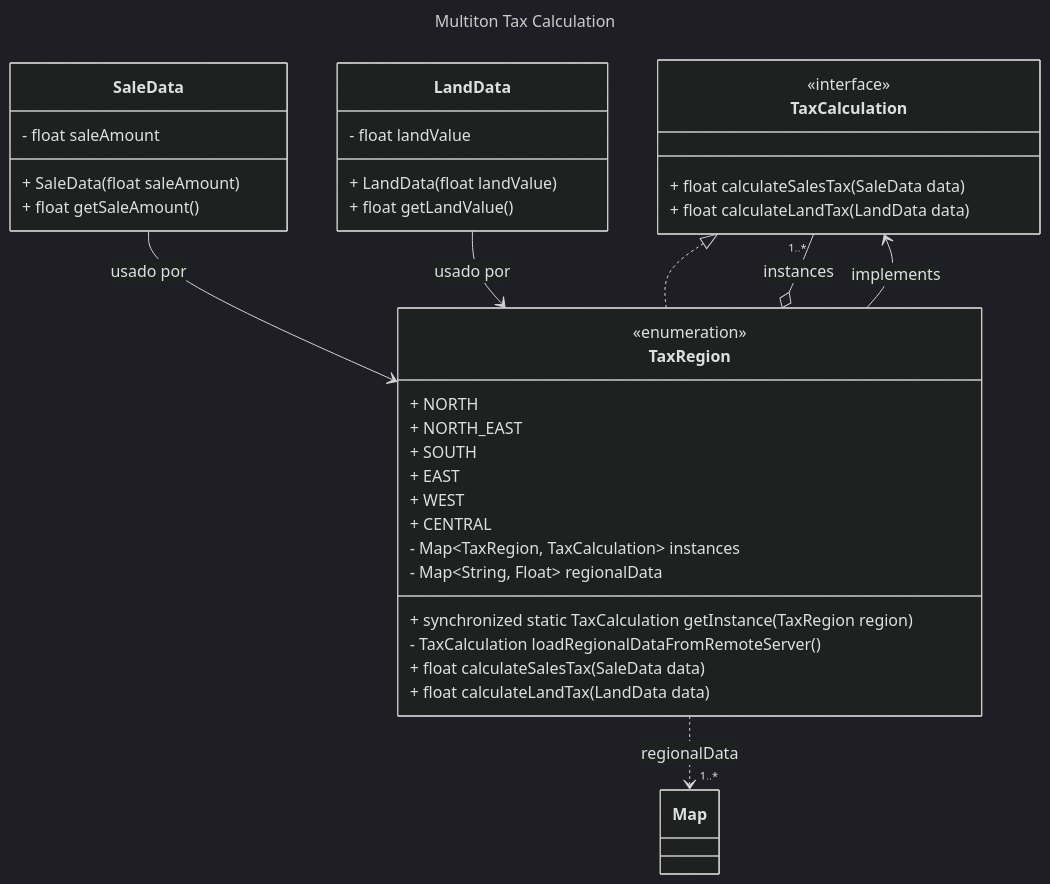
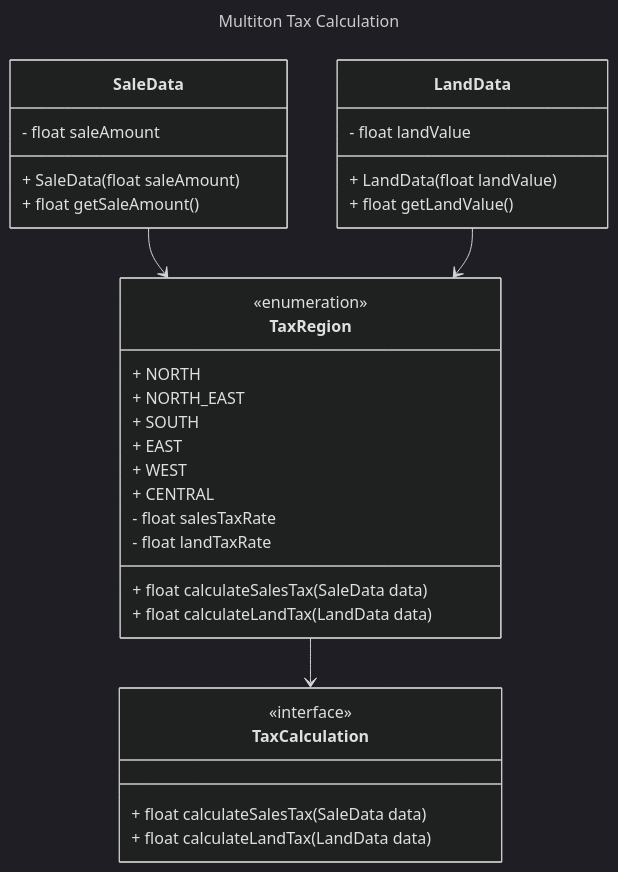
One commit to AdrianoVictorCode/seminario-ppr-criacional-singleton-multiton changed the third of 3 diagrams in README.md. Above: the diagram before and after it, drawn with Mermaid (dark theme). The commit also changed other lines of this file, not shown here.

````diff
--- a/README.md
+++ b/README.md
@@ -345,50 +343,41 @@
 ```mermaid
 ---
 title: Multiton Tax Calculation
 ---
 classDiagram
     class TaxCalculation {
         <<interface>>
         + float calculateSalesTax(SaleData data)
         + float calculateLandTax(LandData data)
     }
 
     class TaxRegion {
         <<enumeration>>
         + NORTH
         + NORTH_EAST
         + SOUTH
         + EAST
         + WEST
         + CENTRAL
-        - Map~TaxRegion, TaxCalculation~ instances
-        - Map~String, Float~ regionalData
-        + synchronized static TaxCalculation getInstance(TaxRegion region)
-        - TaxCalculation loadRegionalDataFromRemoteServer()
+        - float salesTaxRate
+        - float landTaxRate
         + float calculateSalesTax(SaleData data)
         + float calculateLandTax(LandData data)
     }
 
     class SaleData {
         - float saleAmount
         + SaleData(float saleAmount)
         + float getSaleAmount()
     }
 
     class LandData {
         - float landValue
         + LandData(float landValue)
         + float getLandValue()
     }
 
-    %% Relacionamentos
-    TaxRegion o-- "1..*" TaxCalculation : instances
-    TaxRegion ..> "1..*" Map : regionalData
-
-    TaxRegion --> TaxCalculation : implements
-    TaxCalculation <|.. TaxRegion
-
-    SaleData --> TaxRegion : usado por
-    LandData --> TaxRegion : usado por
-
+    TaxRegion --> TaxCalculation
+    SaleData --> TaxRegion
+    LandData --> TaxRegion
 ```
````
